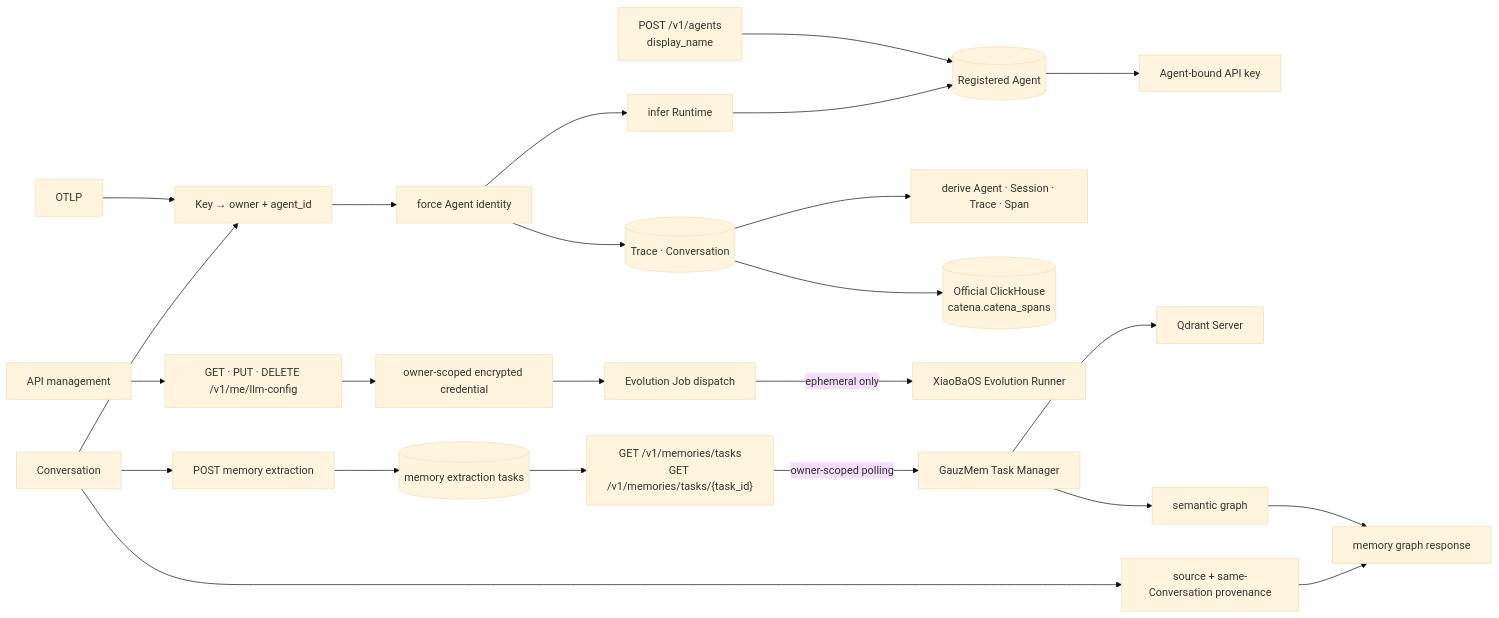
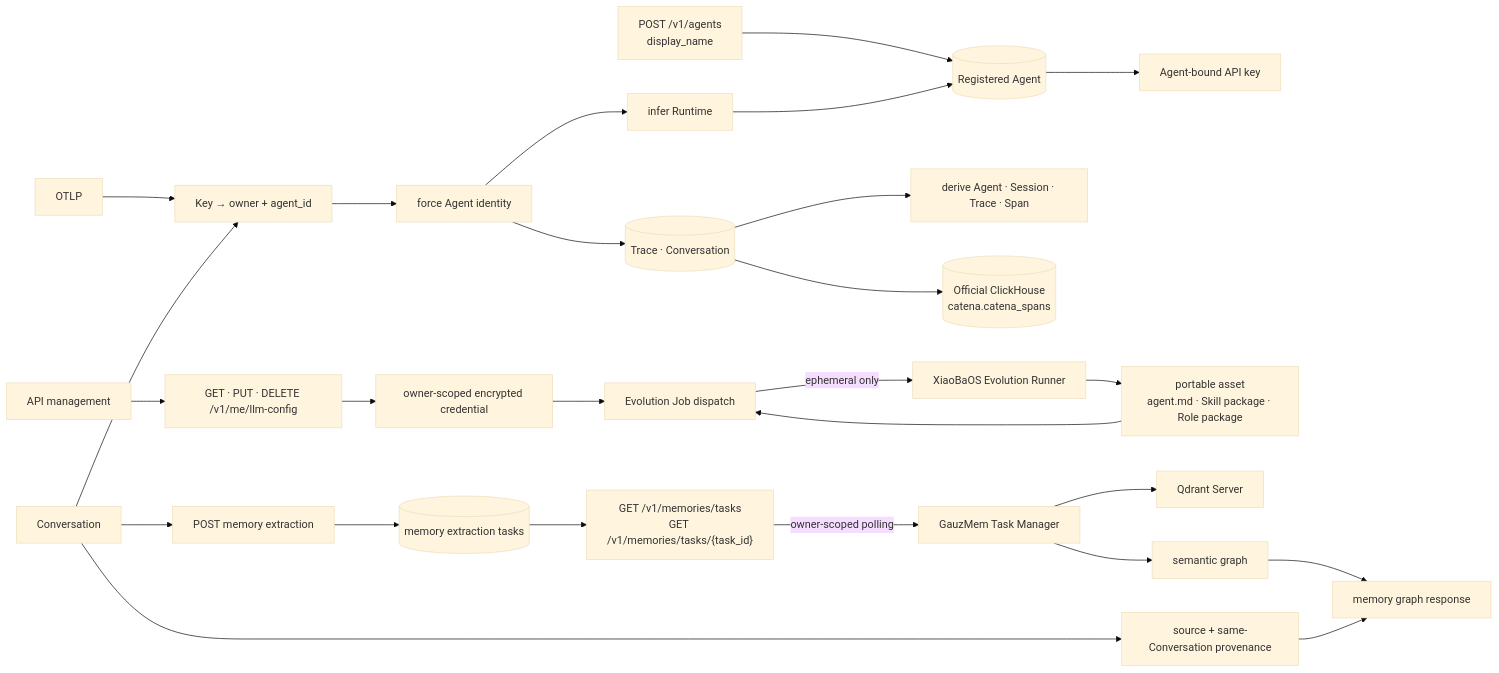
Before and after one commit to fightheyyy/CATENA: the second of 2 diagrams in control-plane/SPEC.md, drawn with Mermaid (base theme). The commit also changed other lines of this file and 113 other files, not shown here.

````diff
--- a/control-plane/SPEC.md
+++ b/control-plane/SPEC.md
@@ -46,26 +46,28 @@
 ```mermaid
 flowchart LR
     Create["POST /v1/agents<br/>display_name"] --> Registry[("Registered Agent")]
     Registry --> Key["Agent-bound API key"]
     OTLP["OTLP"] --> Auth["Key → owner + agent_id"]
     Conversation["Conversation"] --> Auth
     Auth --> Normalize["force Agent identity"]
     Normalize --> Detect["infer Runtime"]
     Normalize --> Evidence[("Trace · Conversation")]
     Evidence --> Hierarchy["derive Agent · Session · Trace · Span"]
     Evidence --> CH[("Official ClickHouse<br/>catena.catena_spans")]
     Detect --> Registry
     Web["API management"] --> ModelAPI["GET · PUT · DELETE /v1/me/llm-config"]
     ModelAPI --> Encrypted["owner-scoped encrypted credential"]
     Encrypted --> Job["Evolution Job dispatch"]
     Job -->|"ephemeral only"| Runner["XiaoBaOS Evolution Runner"]
+    Runner --> Candidate["portable asset<br/>agent.md · Skill package · Role package"]
+    Candidate --> Job
     Conversation --> MemorySubmit["POST memory extraction"]
     MemorySubmit --> Ledger[("memory extraction tasks")]
     Ledger --> MemoryTask["GET /v1/memories/tasks<br/>GET /v1/memories/tasks/{task_id}"]
     MemoryTask -->|"owner-scoped polling"| GauzMem["GauzMem Task Manager"]
     GauzMem --> Vector["Qdrant Server"]
     GauzMem --> Semantic["semantic graph"]
     Conversation --> Provenance["source + same-Conversation provenance"]
     Semantic --> Graph["memory graph response"]
     Provenance --> Graph
 ```
````
